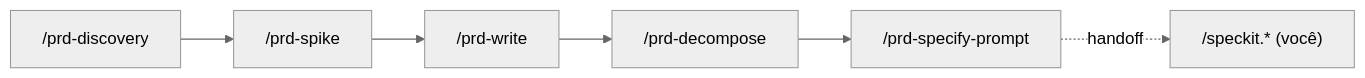
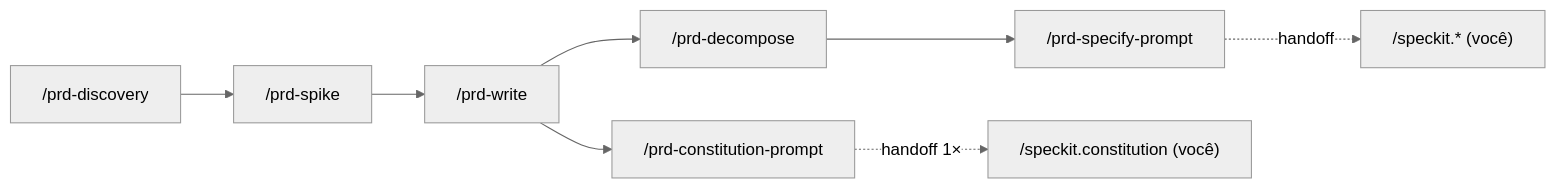
Before and after one commit to tuyoshivinicius/zion-build-prd: the diagram in docs/como-usar-o-harness-prd.md, drawn with Mermaid (neutral theme). The commit also changed other lines of this file, not shown here.

Commit message:
docs(harness): guia de uso reflete a ponte /prd-constitution-prompt

````diff
--- a/docs/como-usar-o-harness-prd.md
+++ b/docs/como-usar-o-harness-prd.md
@@ -37,8 +38,10 @@
 ```mermaid
 flowchart LR
     A["/prd-discovery"] --> B["/prd-spike"]
     B --> C["/prd-write"]
     C --> D["/prd-decompose"]
+    C --> G["/prd-constitution-prompt"]
     D --> E["/prd-specify-prompt"]
+    G -.->|handoff 1×| H["/speckit.constitution (você)"]
     E -.->|handoff| F["/speckit.* (você)"]
 ```
````
